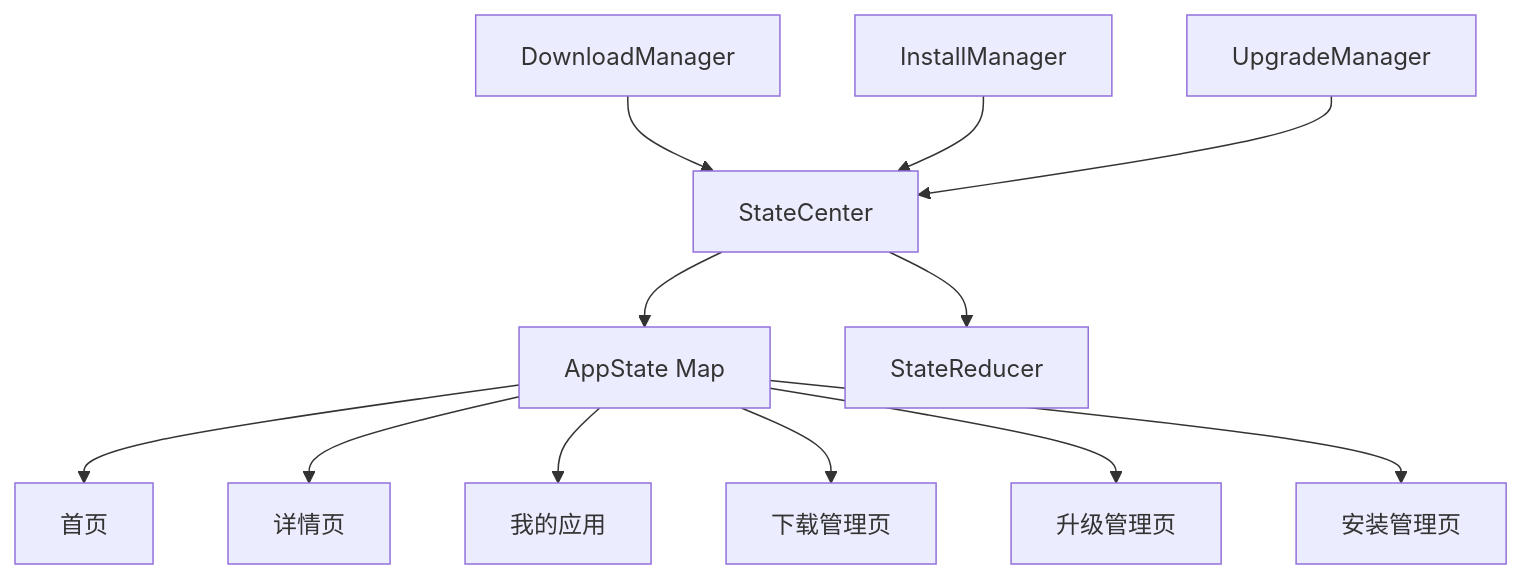
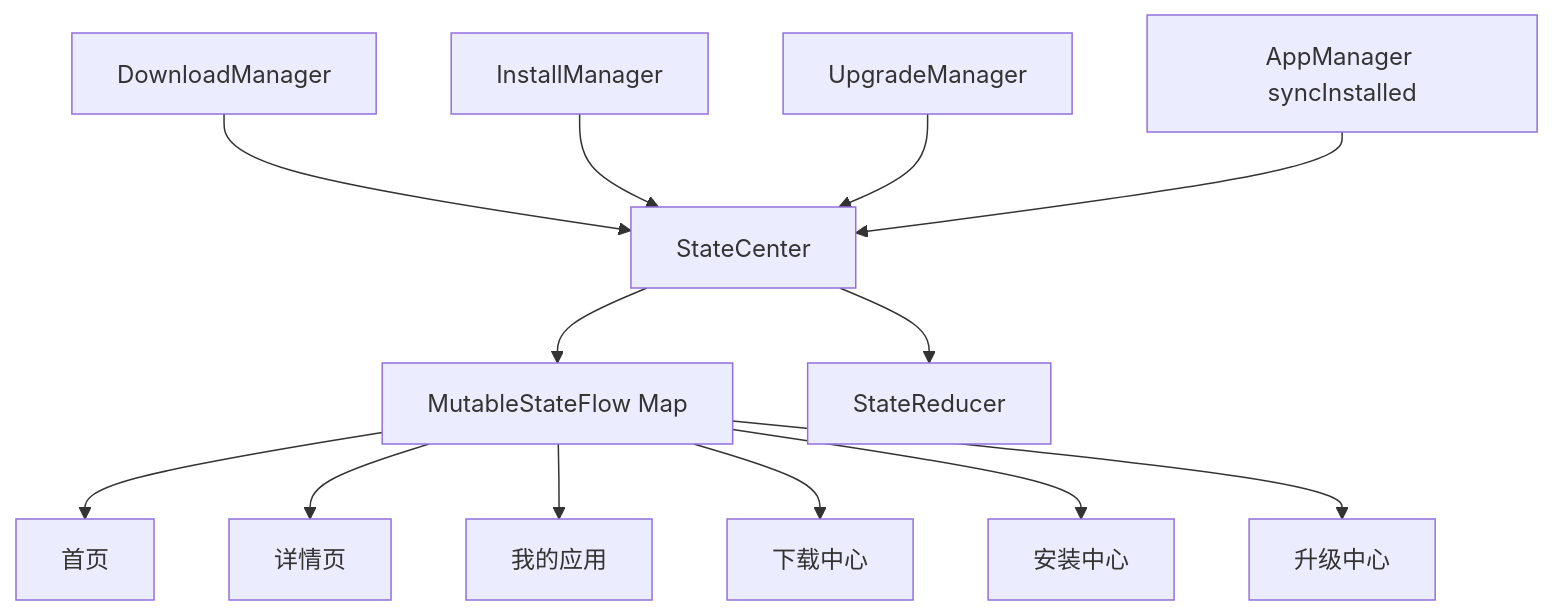
Before and after one commit to XZQ/CarAppStore: the first of 4 diagrams in docs/12-状态中心架构与流程.md, drawn with Mermaid. The commit also changed other lines of this file and 35 other files, not shown here.

Commit message:
Docs: reorganize architecture docs and handoff guide

````diff
--- a/docs/12-状态中心架构与流程.md
+++ b/docs/12-状态中心架构与流程.md
@@ -24,17 +30,18 @@
 ```mermaid
 flowchart TD
 
 DM[DownloadManager] --> SC[StateCenter]
 IM[InstallManager] --> SC[StateCenter]
 UM[UpgradeManager] --> SC[StateCenter]
+AM[AppManager syncInstalled] --> SC
 
-SC --> APPSTATE[AppState Map]
+SC --> MAP[MutableStateFlow Map<appId, AppState>]
 SC --> REDUCER[StateReducer]
 
-APPSTATE --> UI1[首页]
-APPSTATE --> UI2[详情页]
-APPSTATE --> UI3[我的应用]
-APPSTATE --> UI4[下载管理页]
-APPSTATE --> UI5[升级管理页]
-APPSTATE --> UI6[安装管理页]
+MAP --> UI1[首页]
+MAP --> UI2[详情页]
+MAP --> UI3[我的应用]
+MAP --> UI4[下载中心]
+MAP --> UI5[安装中心]
+MAP --> UI6[升级中心]
 ```
````
